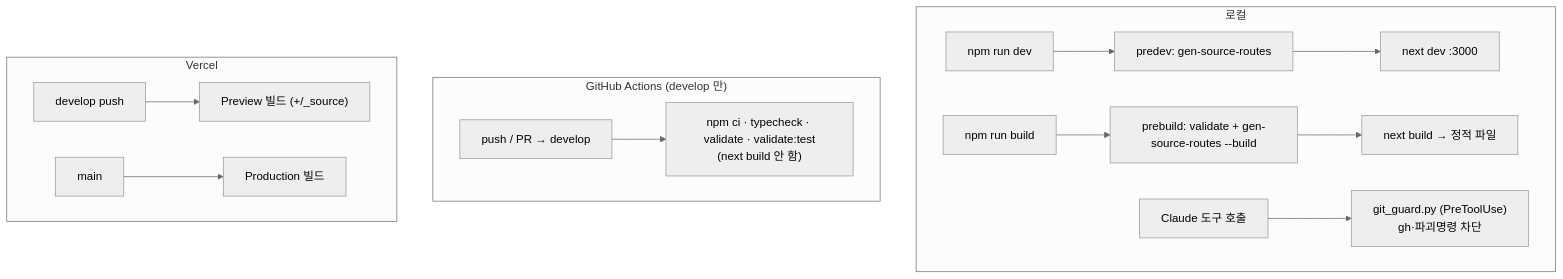
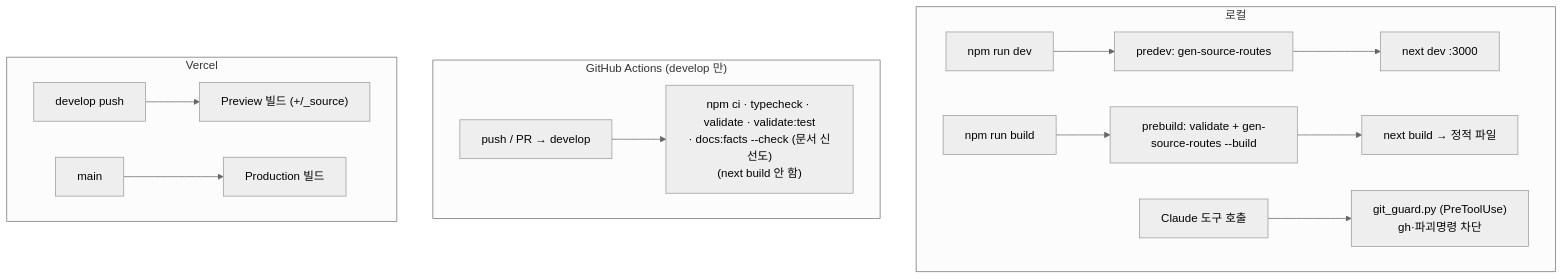
The fourth of 4 diagrams in docs/ARCHITECTURE.md (padahkim/aws-reps), drawn with Mermaid (neutral theme) before and after one commit. The commit also changed other lines of this file and 4 other files, not shown here.

First line of the commit message:
chore(docs): generate ARCHITECTURE.md fact blocks + CI freshness gate

````diff
--- a/docs/ARCHITECTURE.md
+++ b/docs/ARCHITECTURE.md
@@ -243,17 +265,17 @@
 ```mermaid
 flowchart TD
   subgraph local["로컬"]
     dev["npm run dev"] --> predev["predev: gen-source-routes"] --> nextdev["next dev :3000"]
     build["npm run build"] --> prebuild["prebuild: validate + gen-source-routes --build"] --> nextbuild["next build → 정적 파일"]
     tool["Claude 도구 호출"] --> guard["git_guard.py (PreToolUse)<br/>gh·파괴명령 차단"]
   end
 
   subgraph ci["GitHub Actions (develop 만)"]
-    push["push / PR → develop"] --> verify["npm ci · typecheck · validate · validate:test<br/>(next build 안 함)"]
+    push["push / PR → develop"] --> verify["npm ci · typecheck · validate · validate:test<br/>· docs:facts --check (문서 신선도)<br/>(next build 안 함)"]
   end
 
   subgraph vercel["Vercel"]
     vpush["develop push"] --> vprev["Preview 빌드 (+/_source)"]
     vmerge["main"] --> vprod["Production 빌드"]
   end
 ```
````
